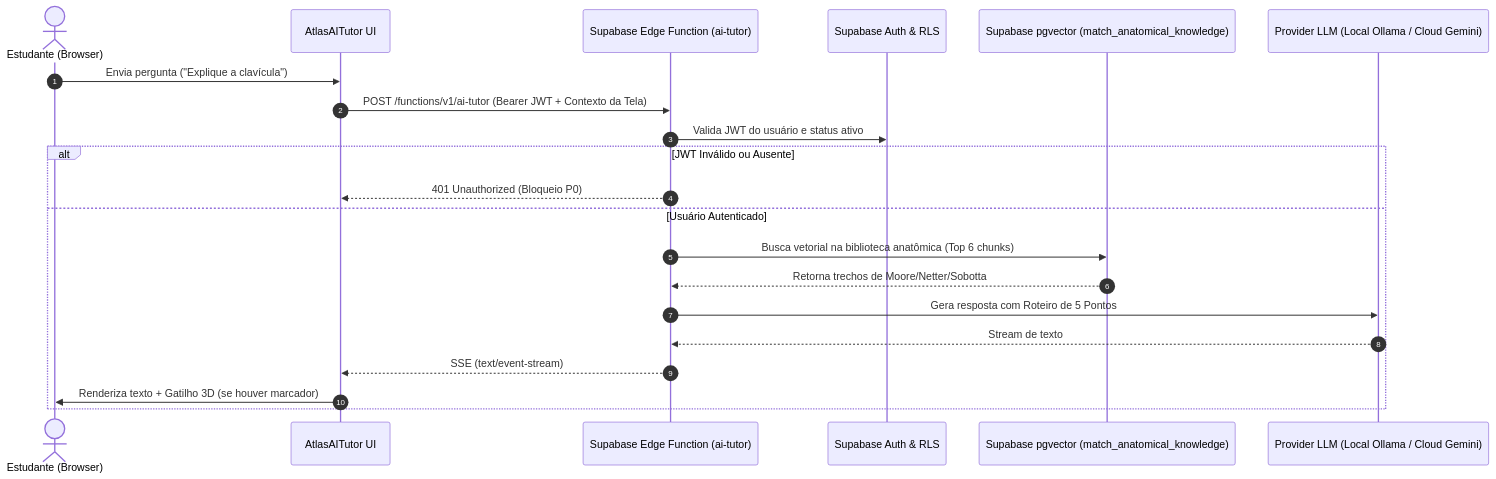
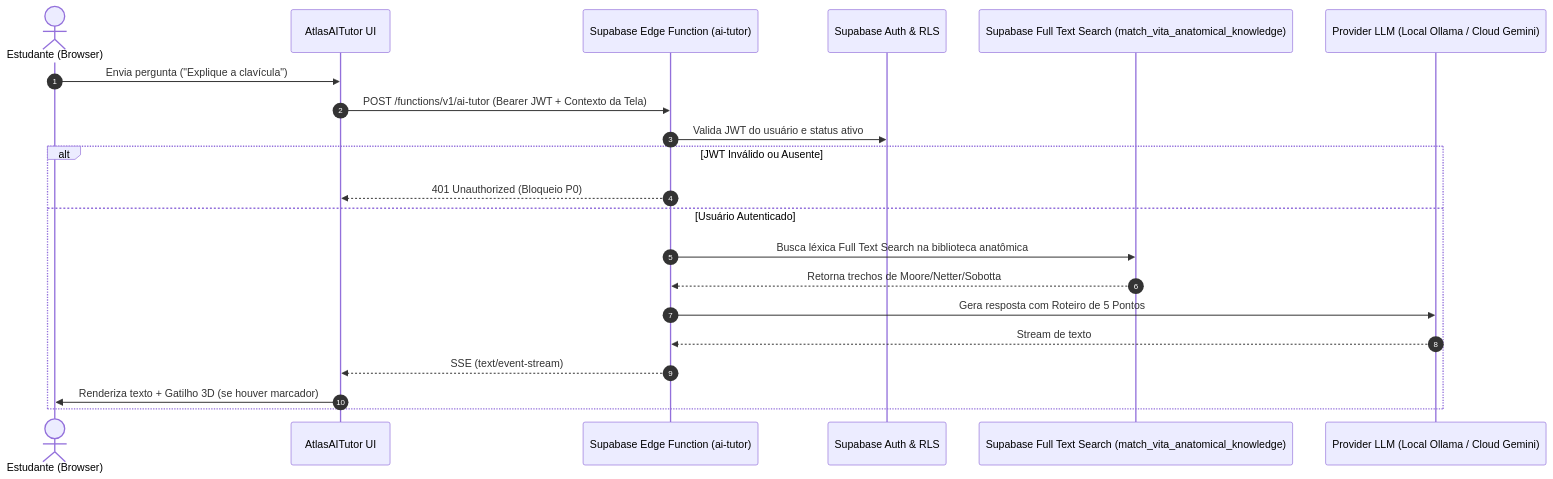
Before and after one commit to halissonzanchin/aeternum-atlas: the first of 2 diagrams in AETERNUM_AI_CURRENT_ARCHITECTURE.md, drawn with Mermaid. The commit also changed other lines of this file and 3 other files, not shown here.

````diff
--- a/AETERNUM_AI_CURRENT_ARCHITECTURE.md
+++ b/AETERNUM_AI_CURRENT_ARCHITECTURE.md
@@ -42,24 +42,24 @@
 ```mermaid
 sequenceDiagram
     autonumber
     actor Aluno as Estudante (Browser)
     participant UI as AtlasAITutor UI
     participant Edge as Supabase Edge Function (ai-tutor)
     participant Auth as Supabase Auth & RLS
-    participant RAG as Supabase pgvector (match_anatomical_knowledge)
+    participant RAG as Supabase Full Text Search (match_vita_anatomical_knowledge)
     participant LLM as Provider LLM (Local Ollama / Cloud Gemini)
 
     Aluno->>UI: Envia pergunta ("Explique a clavícula")
     UI->>Edge: POST /functions/v1/ai-tutor (Bearer JWT + Contexto da Tela)
     Edge->>Auth: Valida JWT do usuário e status ativo
     alt JWT Inválido ou Ausente
         Edge-->>UI: 401 Unauthorized (Bloqueio P0)
     else Usuário Autenticado
-        Edge->>RAG: Busca vetorial na biblioteca anatômica (Top 6 chunks)
+        Edge->>RAG: Busca léxica Full Text Search na biblioteca anatômica
         RAG-->>Edge: Retorna trechos de Moore/Netter/Sobotta
         Edge->>LLM: Gera resposta com Roteiro de 5 Pontos
         LLM-->>Edge: Stream de texto
         Edge-->>UI: SSE (text/event-stream)
         UI->>Aluno: Renderiza texto + Gatilho 3D (se houver marcador)
     end
 ```
````
